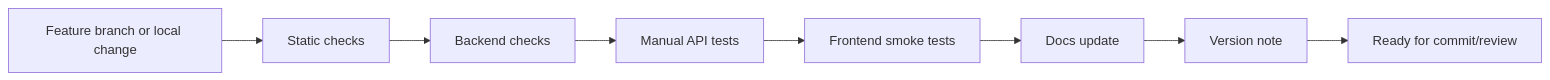
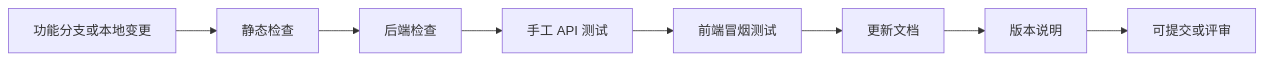
One commit to x-t001/sunshine-reading changed the fifth of 5 diagrams in docs/spec-coding/04-development-flow.md. Above: the diagram before and after it, drawn with Mermaid. The commit also changed other lines of this file and 34 other files, not shown here.

````diff
--- a/docs/spec-coding/04-development-flow.md
+++ b/docs/spec-coding/04-development-flow.md
@@ -100,10 +100,10 @@
 ```mermaid
 flowchart LR
-  A[Feature branch or local change] --> B[Static checks]
-  B --> C[Backend checks]
-  C --> D[Manual API tests]
-  D --> E[Frontend smoke tests]
-  E --> F[Docs update]
-  F --> G[Version note]
-  G --> H[Ready for commit/review]
+  A[功能分支或本地变更] --> B[静态检查]
+  B --> C[后端检查]
+  C --> D[手工 API 测试]
+  D --> E[前端冒烟测试]
+  E --> F[更新文档]
+  F --> G[版本说明]
+  G --> H[可提交或评审]
 ```
````
